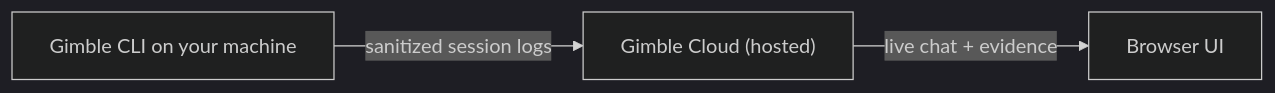
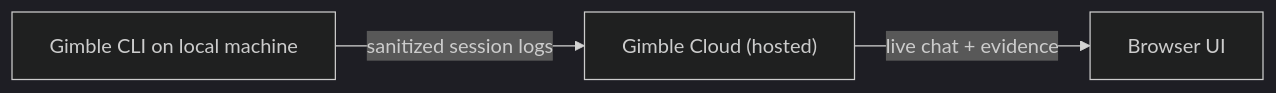
One commit to gimbleHQ/Gimble-dev changed the diagram in README.md. Above: the diagram before and after it, drawn with Mermaid (dark theme). The commit also changed other lines of this file, not shown here.

````diff
--- a/README.md
+++ b/README.md
@@ -33,5 +41,5 @@
 ```mermaid
 flowchart LR
-  CLI["Gimble CLI on your machine"] -->|"sanitized session logs"| Cloud["Gimble Cloud (hosted)"]
+  CLI["Gimble CLI on local machine"] -->|"sanitized session logs"| Cloud["Gimble Cloud (hosted)"]
   Cloud -->|"live chat + evidence"| UI["Browser UI"]
 ```
````
